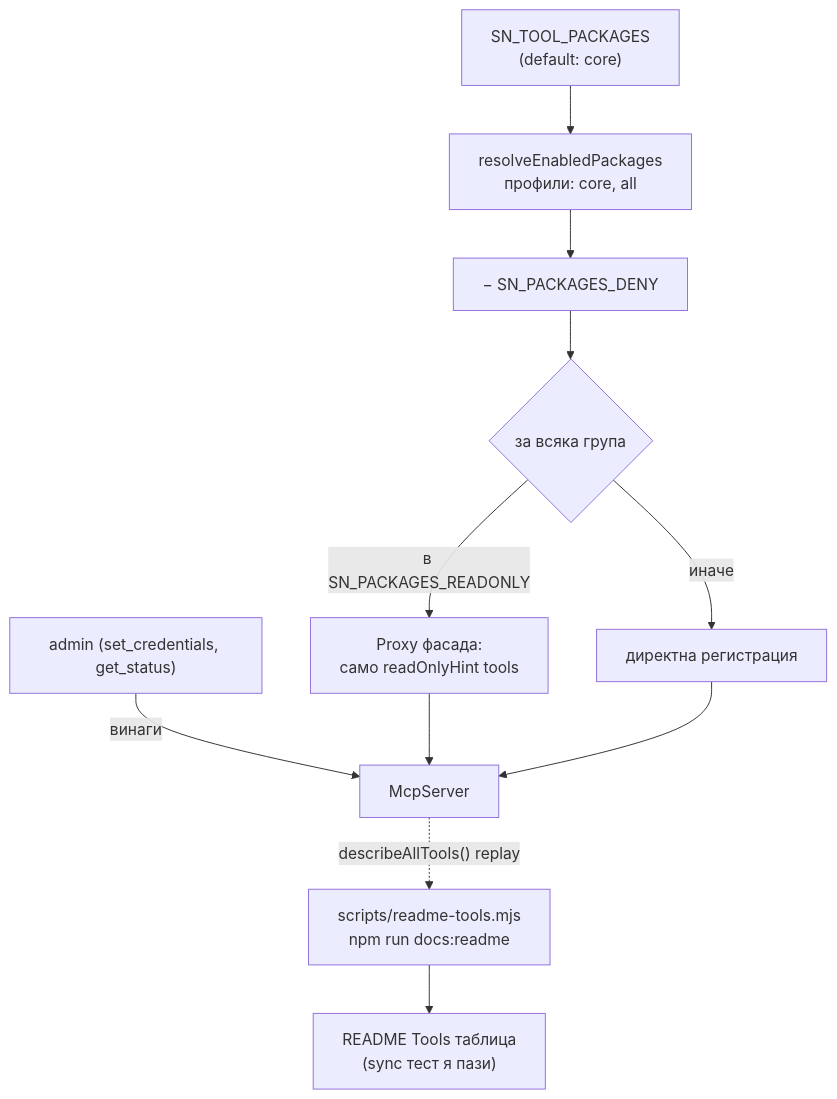
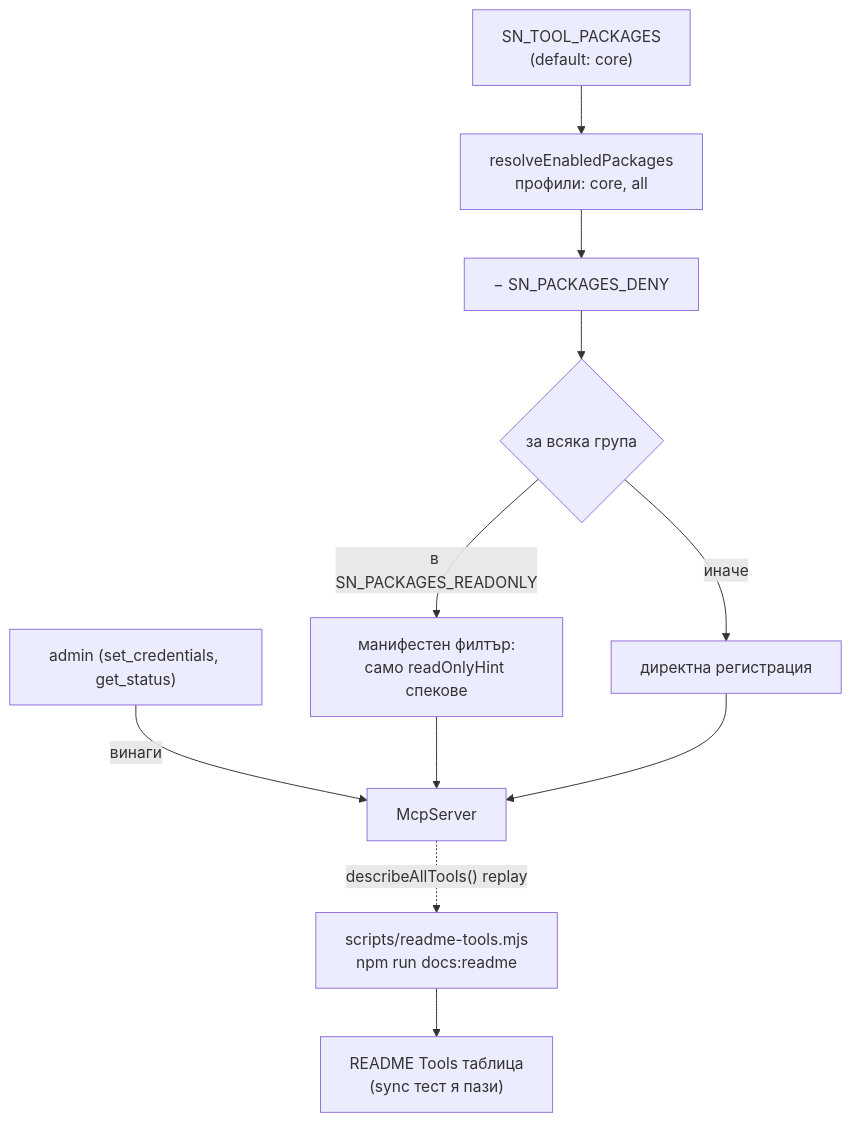
Before and after one commit to IvanBBaev/servicenow-mcp-ai: the fifth of 5 diagrams in ARCHITECTURE.md, drawn with Mermaid. The commit also changed other lines of this file and 5 other files, not shown here.

First line of the commit message:
docs: Phase 6 complete — plan/DONE/WORKLOG/STATE/ARCHITECTURE/CHANGELOG

````diff
--- a/ARCHITECTURE.md
+++ b/ARCHITECTURE.md
@@ -164,13 +166,13 @@
 ```mermaid
 flowchart TD
     ENV["SN_TOOL_PACKAGES<br/>(default: core)"] --> RESOLVE["resolveEnabledPackages<br/>профили: core, all"]
     RESOLVE --> MINUS["− SN_PACKAGES_DENY"]
     MINUS --> LOOP{"за всяка група"}
-    LOOP -- "в SN_PACKAGES_READONLY" --> FACADE["Proxy фасада:<br/>само readOnlyHint tools"]
+    LOOP -- "в SN_PACKAGES_READONLY" --> FACADE["манифестен филтър:<br/>само readOnlyHint спекове"]
     LOOP -- иначе --> DIRECT["директна регистрация"]
     ADMIN["admin (set_credentials, get_status)"] -- винаги --> SRV["McpServer"]
     FACADE --> SRV
     DIRECT --> SRV
     SRV -. "describeAllTools() replay" .-> GEN["scripts/readme-tools.mjs<br/>npm run docs:readme"]
     GEN --> RMD["README Tools таблица<br/>(sync тест я пази)"]
 ```
````
